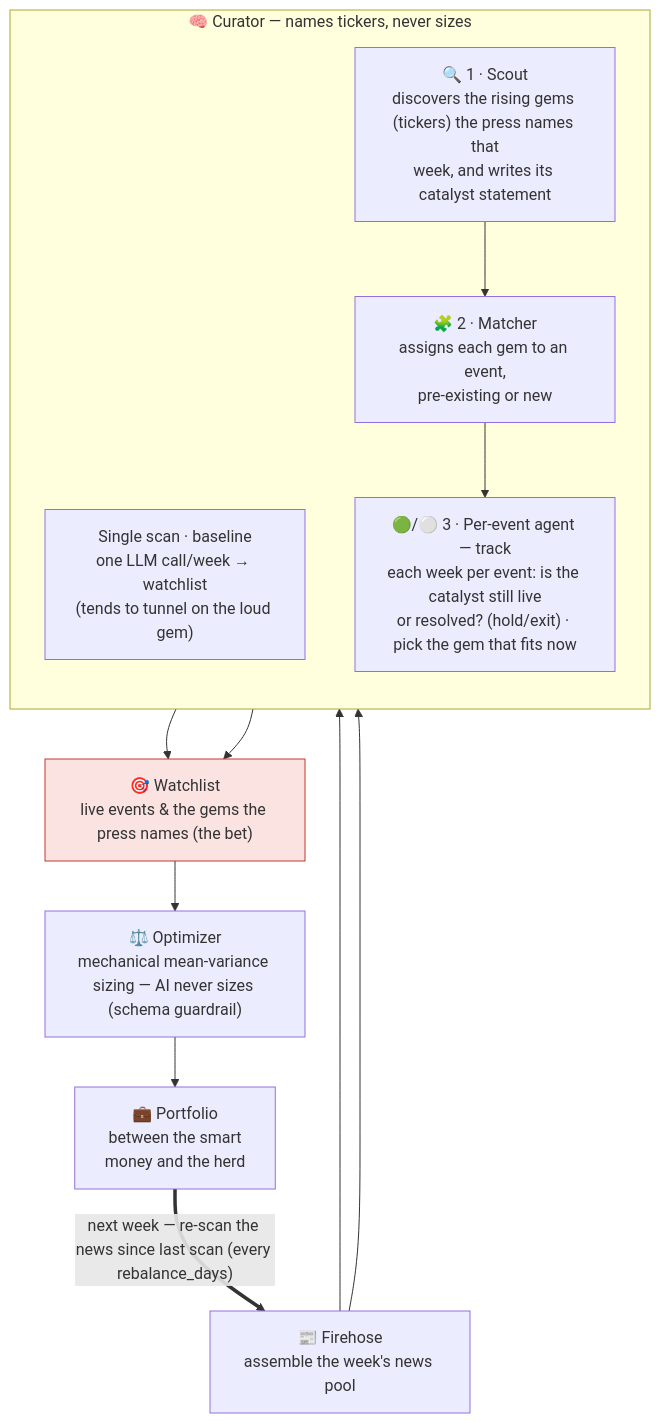
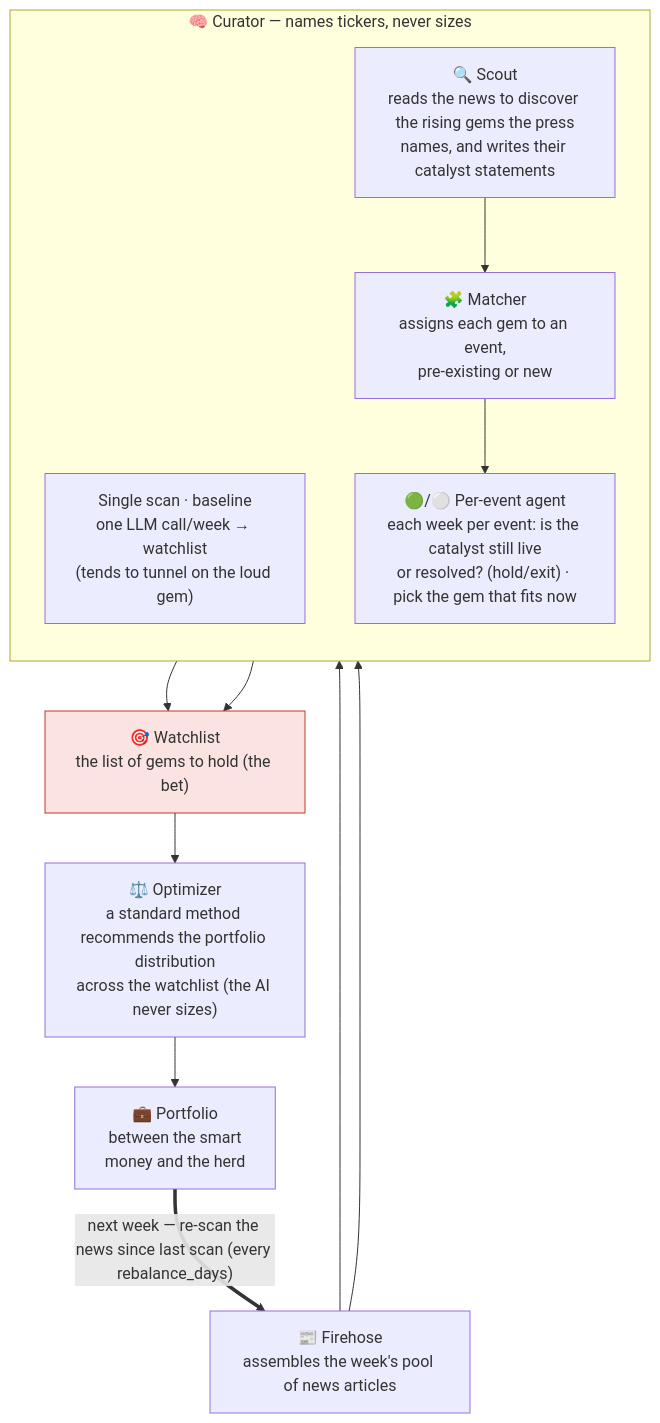
The diagram in README.md (joehahn/geo-herd-rider), drawn with Mermaid before and after one commit.

Commit message:
README: plainer diagram nodes (Firehose/Scout/Matcher/Watchlist/Optimizer)

````diff
--- a/README.md
+++ b/README.md
@@ -18,27 +18,27 @@
 ```mermaid
 flowchart TD
-    S["📰 Firehose<br/>assemble the week's news pool"]
+    S["📰 Firehose<br/>assembles the week's pool of news articles"]
 
     subgraph CUR["🧠 Curator — names tickers, never sizes"]
       direction TB
       SS["Single scan · baseline<br/>one LLM call/week → watchlist<br/>(tends to tunnel on the loud gem)"]
-      SC["🔍 1 · Scout<br/>discovers the rising gems (tickers) the press names that<br/>week, and writes its catalyst statement"]
-      MA["🧩 2 · Matcher<br/>assigns each gem to an event,<br/>pre-existing or new"]
-      AG["🟢/⚪ 3 · Per-event agent — track<br/>each week per event: is the catalyst still live<br/>or resolved? (hold/exit) · pick the gem that fits now"]
+      SC["🔍 Scout<br/>reads the news to discover the rising gems the press<br/>names, and writes their catalyst statements"]
+      MA["🧩 Matcher<br/>assigns each gem to an event,<br/>pre-existing or new"]
+      AG["🟢/⚪ Per-event agent<br/>each week per event: is the catalyst still live<br/>or resolved? (hold/exit) · pick the gem that fits now"]
       SC --> MA --> AG
     end
 
-    E["🎯 Watchlist<br/>live events & the gems the press names (the bet)"]
-    W["⚖️ Optimizer<br/>mechanical mean-variance sizing — AI never sizes (schema guardrail)"]
+    E["🎯 Watchlist<br/>the list of gems to hold (the bet)"]
+    W["⚖️ Optimizer<br/>a standard method recommends the portfolio distribution<br/>across the watchlist (the AI never sizes)"]
     B["💼 Portfolio<br/>between the smart<br/>money and the herd"]
 
     S --> SS
     S --> SC
     SS --> E
     AG --> E
     E --> W --> B
     B == "next week — re-scan the news since last scan (every rebalance_days)" ==> S
 
     classDef bet fill:#fae3e0,stroke:#c0392b;
     class E bet
 ```
````
